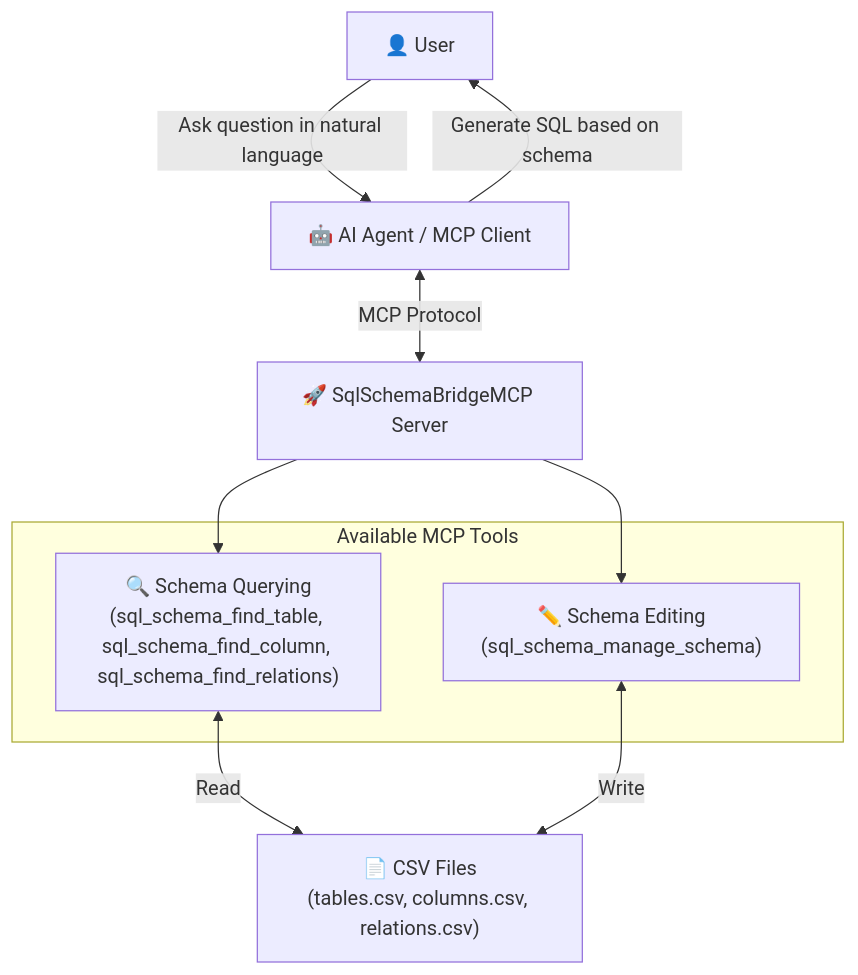
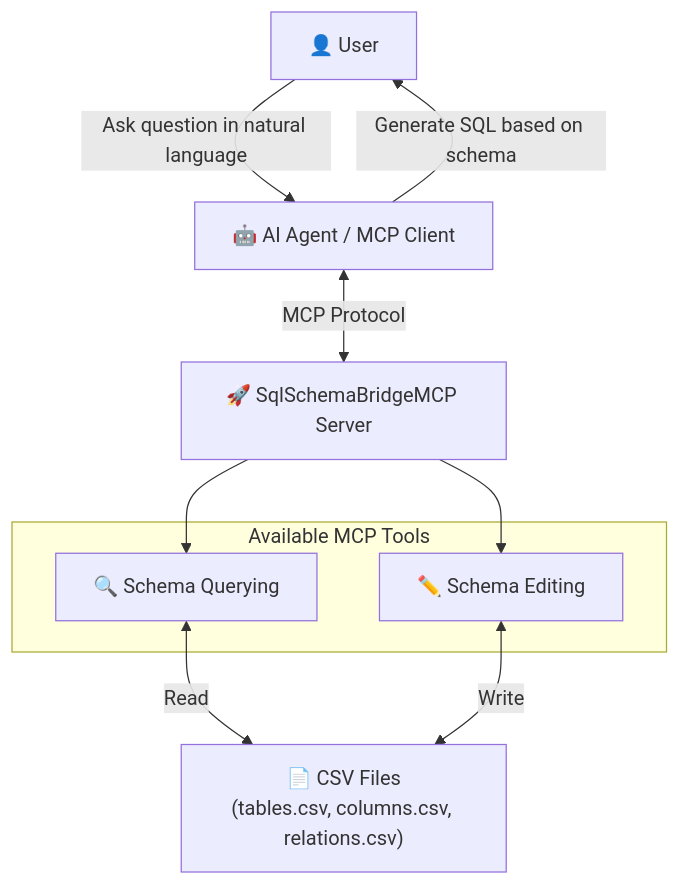
The first of 2 diagrams in README.md (yt3trees/SqlSchemaBridgeMCP), drawn with Mermaid before and after one commit. The commit also changed 1 other file, not shown here.

````diff
--- a/README.md
+++ b/README.md
@@ -8,21 +8,21 @@
 ```mermaid
 graph TB
     User["👤 User"]
     Agent["🤖 AI Agent / MCP Client"]
     Server["🚀 SqlSchemaBridgeMCP Server"]
     CSVFiles["📄 CSV Files<br/>(tables.csv, columns.csv, relations.csv)"]
 
     subgraph "Available MCP Tools"
-        QueryTools["🔍 Schema Querying<br/>(sql_schema_find_table, sql_schema_find_column, sql_schema_find_relations)"]
-        EditTools["✏️ Schema Editing<br/>(sql_schema_manage_schema)"]
+        QueryTools["🔍 Schema Querying"]
+        EditTools["✏️ Schema Editing"]
     end
 
     %% Main Flow
     User -->|"Ask question in natural language"| Agent
     Agent <-->|"MCP Protocol"| Server
     Server --> QueryTools
     Server --> EditTools
     QueryTools <-->|"Read"| CSVFiles
     EditTools <-->|"Write"| CSVFiles
     Agent -->|"Generate SQL based on schema"| User
 ```
````
